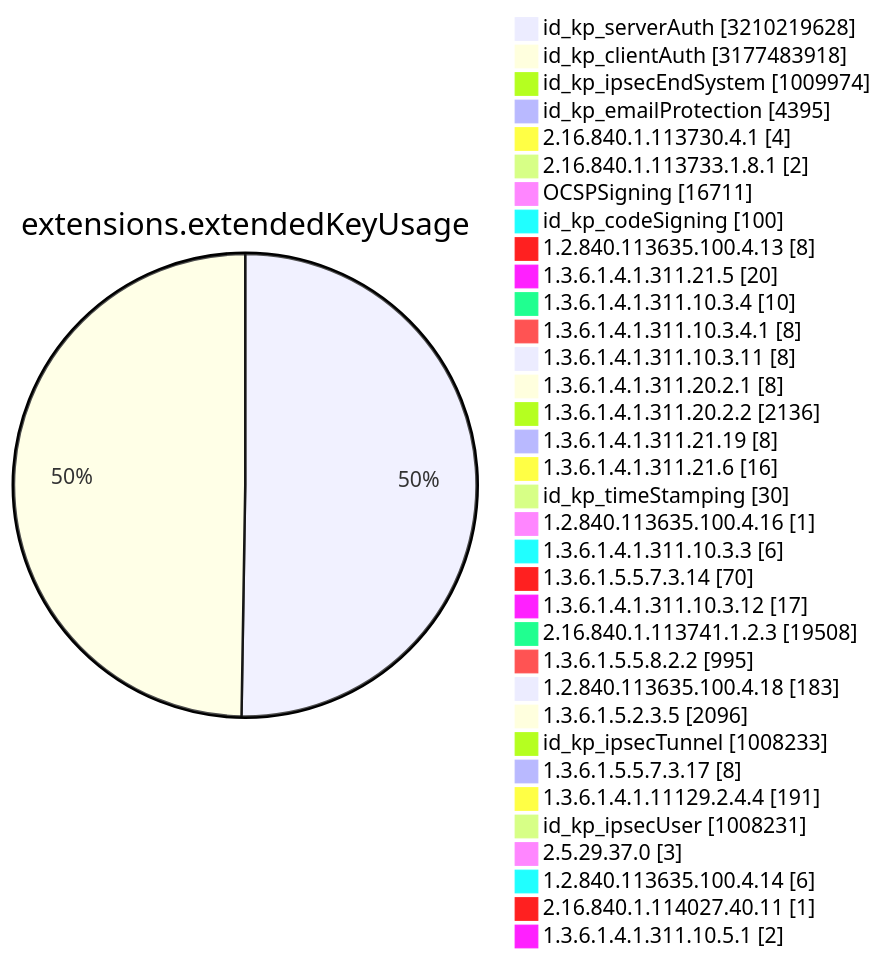
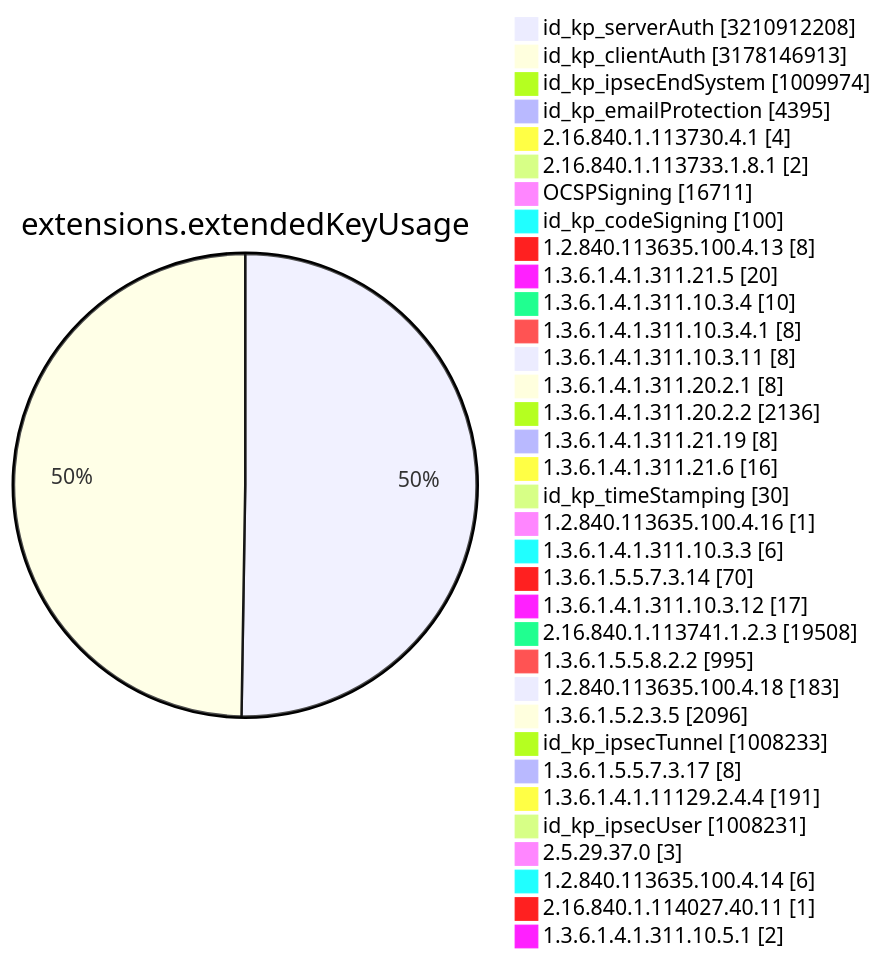
One commit to christiankrug/ctmonitor_visualization changed diagram 11 of 15 in TOTAL/README.md. Above: the diagram before and after it, drawn with Mermaid. The commit also changed other lines of this file, not shown here.

````diff
--- a/TOTAL/README.md
+++ b/TOTAL/README.md
@@ -4119,38 +4119,38 @@
 ```mermaid
 pie showData
 title extensions.extendedKeyUsage
-"id_kp_serverAuth" :3210219628
-"id_kp_clientAuth" :3177483918
+"id_kp_serverAuth" :3210912208
+"id_kp_clientAuth" :3178146913
 "id_kp_ipsecEndSystem" :1009974
 "id_kp_emailProtection" :4395
 "2.16.840.1.113730.4.1" :4
 "2.16.840.1.113733.1.8.1" :2
 "OCSPSigning" :16711
 "id_kp_codeSigning" :100
 "1.2.840.113635.100.4.13" :8
 "1.3.6.1.4.1.311.21.5" :20
 "1.3.6.1.4.1.311.10.3.4" :10
 "1.3.6.1.4.1.311.10.3.4.1" :8
 "1.3.6.1.4.1.311.10.3.11" :8
 "1.3.6.1.4.1.311.20.2.1" :8
 "1.3.6.1.4.1.311.20.2.2" :2136
 "1.3.6.1.4.1.311.21.19" :8
 "1.3.6.1.4.1.311.21.6" :16
 "id_kp_timeStamping" :30
 "1.2.840.113635.100.4.16" :1
 "1.3.6.1.4.1.311.10.3.3" :6
 "1.3.6.1.5.5.7.3.14" :70
 "1.3.6.1.4.1.311.10.3.12" :17
 "2.16.840.1.113741.1.2.3" :19508
 "1.3.6.1.5.5.8.2.2" :995
 "1.2.840.113635.100.4.18" :183
 "1.3.6.1.5.2.3.5" :2096
 "id_kp_ipsecTunnel" :1008233
 "1.3.6.1.5.5.7.3.17" :8
 "1.3.6.1.4.1.11129.2.4.4" :191
 "id_kp_ipsecUser" :1008231
 "2.5.29.37.0" :3
 "1.2.840.113635.100.4.14" :6
 "2.16.840.1.114027.40.11" :1
 "1.3.6.1.4.1.311.10.5.1" :2
 ```
````
